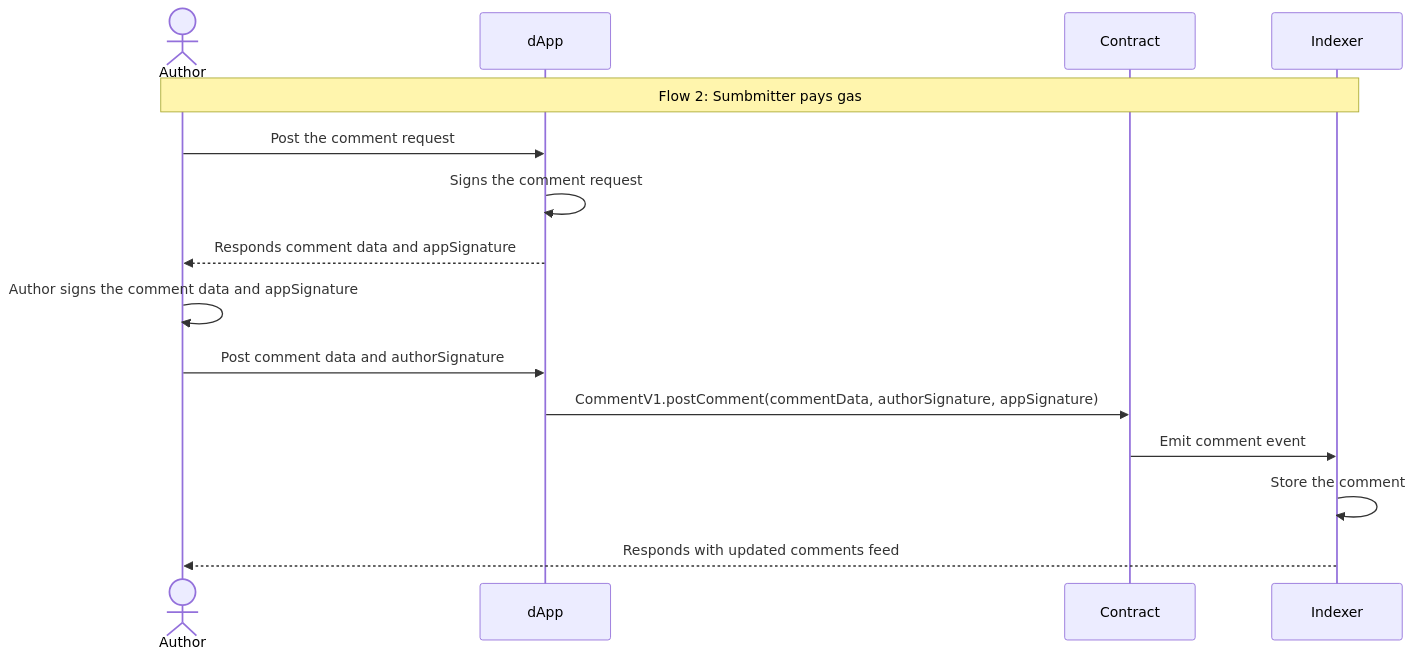
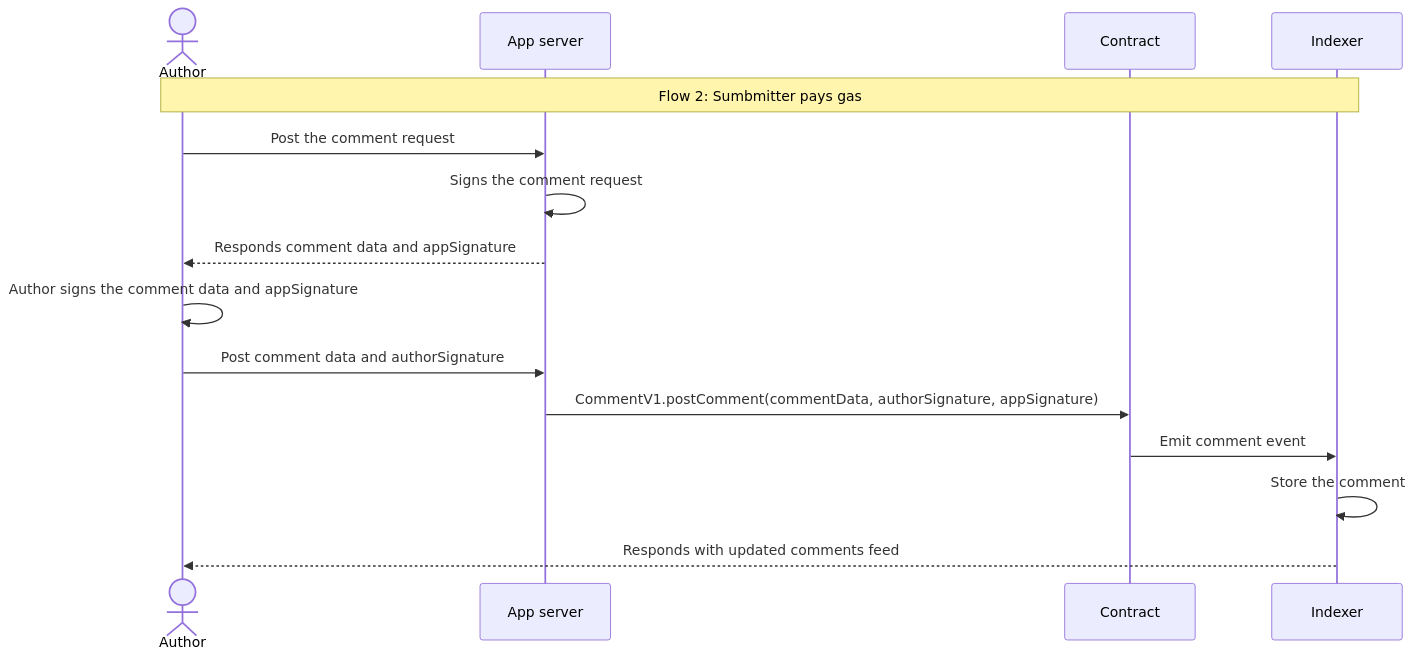
The second of 3 diagrams in docs/pages/post-comment-flow.mdx (ecp-eth/comments-monorepo), drawn with Mermaid before and after one commit. The commit also changed other lines of this file and 2 other files, not shown here.

````diff
--- a/docs/pages/post-comment-flow.mdx
+++ b/docs/pages/post-comment-flow.mdx
@@ -49,19 +49,19 @@
 ```mermaid
 sequenceDiagram
     actor Author
-    participant dApp
+    participant App server
     participant Contract
     participant Indexer
 
     %% Flow 3: Author pays gas
     Note over Author,Indexer: Flow 2: Sumbmitter pays gas
-    Author->>dApp: Post the comment request
-    dApp->>dApp: Signs the comment request
-    dApp-->>Author: Responds comment data and appSignature
+    Author->>App server: Post the comment request
+    App server->>App server: Signs the comment request
+    App server-->>Author: Responds comment data and appSignature
     Author->>Author: Author signs the comment data and appSignature
-    Author->>dApp: Post comment data and authorSignature
-    dApp->>Contract: CommentV1.postComment(commentData, authorSignature, appSignature)
+    Author->>App server: Post comment data and authorSignature
+    App server->>Contract: CommentV1.postComment(commentData, authorSignature, appSignature)
     Contract->>Indexer: Emit comment event
     Indexer->>Indexer: Store the comment
     Indexer-->>Author: Responds with updated comments feed
 ```
````
